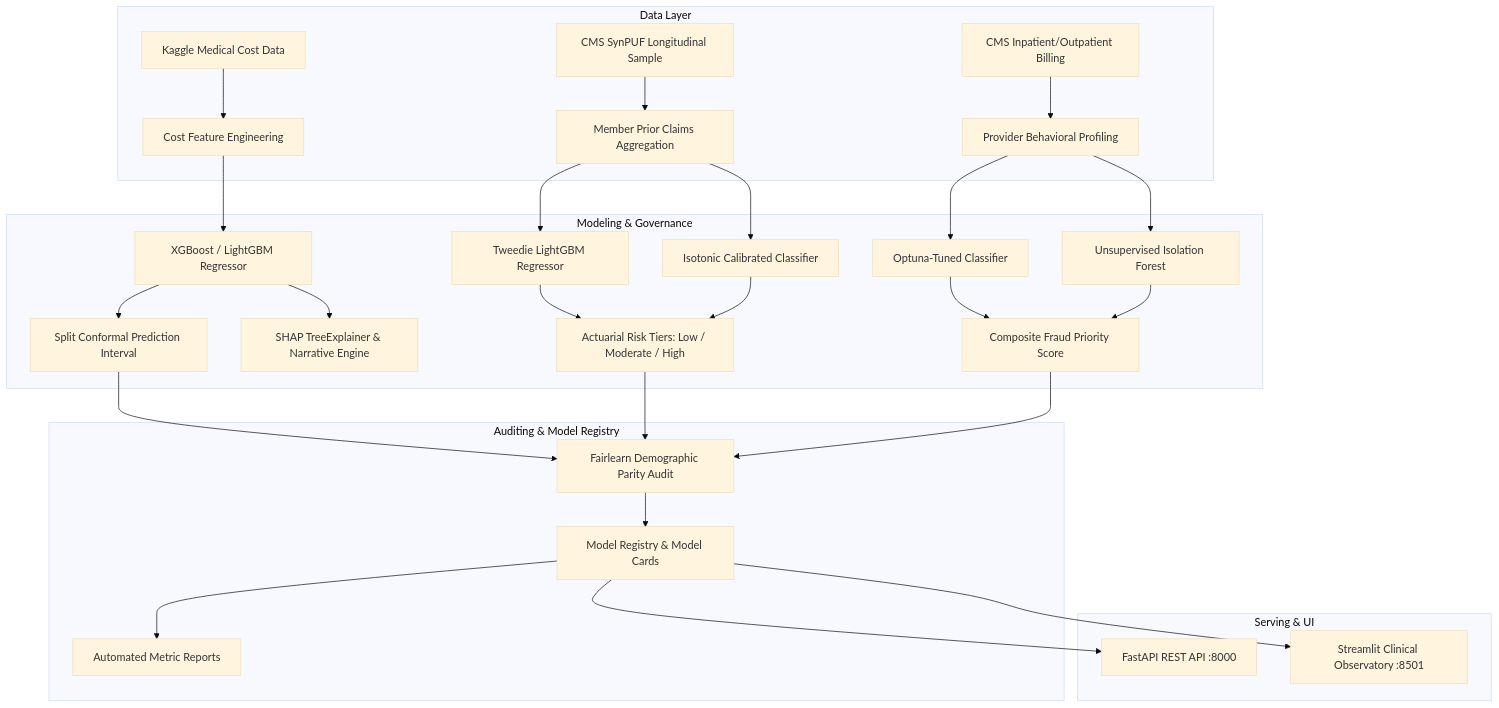
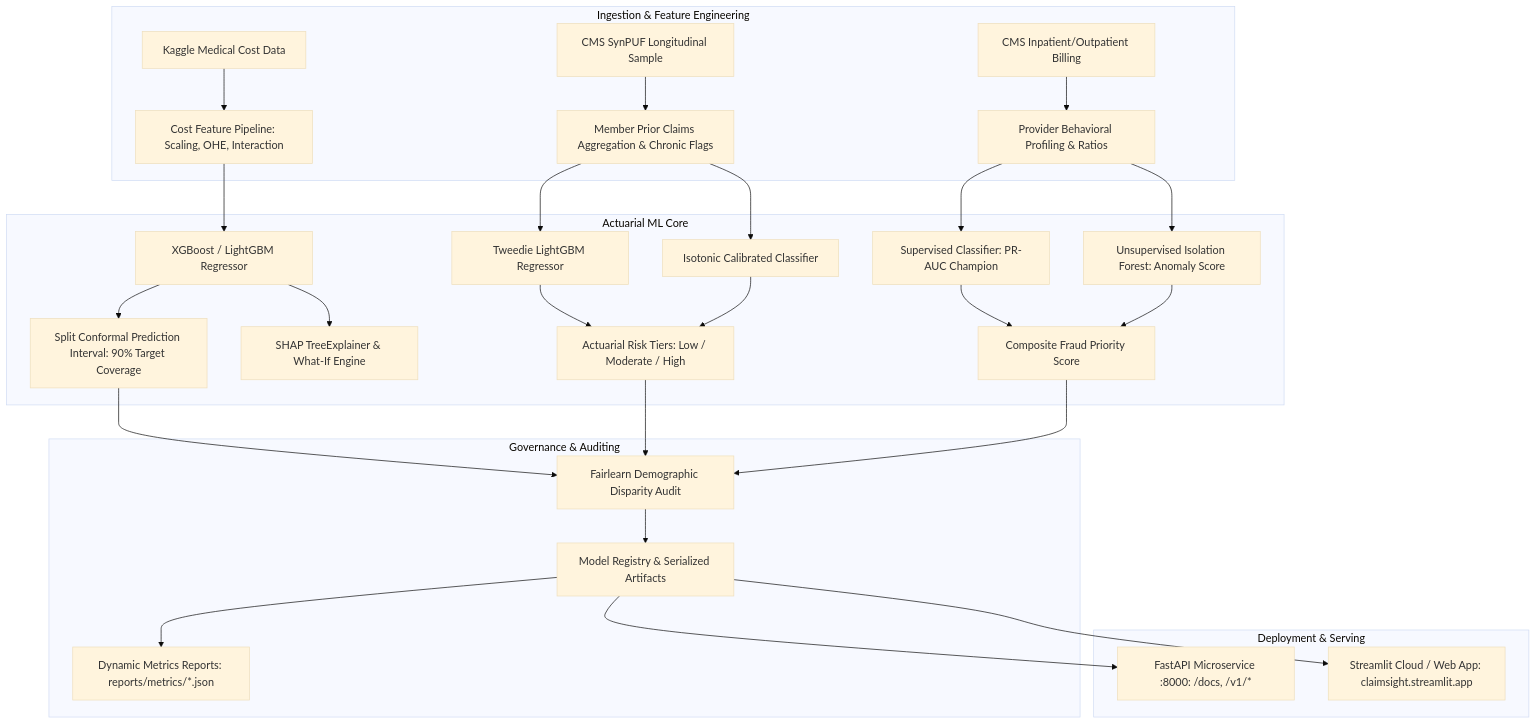
One commit to geetanksahare/ClaimSight changed the diagram in README.md. Above: the diagram before and after it, drawn with Mermaid (base theme). The commit also changed other lines of this file and 9 other files, not shown here.

Commit message:
feat: add live Streamlit Cloud app link, overhaul README with verified metrics, and add complete presentation docs

````diff
--- a/README.md
+++ b/README.md
@@ -12,33 +31,33 @@
 ```mermaid
 flowchart TD
-    subgraph Data Layer
-        A1[Kaggle Medical Cost Data] --> B1[Cost Feature Engineering]
-        A2[CMS SynPUF Longitudinal Sample] --> B2[Member Prior Claims Aggregation]
-        A3[CMS Inpatient/Outpatient Billing] --> B3[Provider Behavioral Profiling]
+    subgraph Ingestion & Feature Engineering
+        A1[Kaggle Medical Cost Data] --> B1[Cost Feature Pipeline: Scaling, OHE, Interaction]
+        A2[CMS SynPUF Longitudinal Sample] --> B2[Member Prior Claims Aggregation & Chronic Flags]
+        A3[CMS Inpatient/Outpatient Billing] --> B3[Provider Behavioral Profiling & Ratios]
     end
 
-    subgraph Modeling & Governance
+    subgraph Actuarial ML Core
         B1 --> C1[XGBoost / LightGBM Regressor]
-        C1 --> D1[Split Conformal Prediction Interval]
-        C1 --> E1[SHAP TreeExplainer & Narrative Engine]
+        C1 --> D1[Split Conformal Prediction Interval: 90% Target Coverage]
+        C1 --> E1[SHAP TreeExplainer & What-If Engine]
 
         B2 --> C2[Tweedie LightGBM Regressor]
         B2 --> C3[Isotonic Calibrated Classifier]
         C2 & C3 --> D2[Actuarial Risk Tiers: Low / Moderate / High]
 
-        B3 --> C4[Optuna-Tuned Classifier]
-        B3 --> C5[Unsupervised Isolation Forest]
+        B3 --> C4[Supervised Classifier: PR-AUC Champion]
+        B3 --> C5[Unsupervised Isolation Forest: Anomaly Score]
         C4 & C5 --> D3[Composite Fraud Priority Score]
     end
 
-    subgraph Auditing & Model Registry
-        D1 & D2 & D3 --> F1[Fairlearn Demographic Parity Audit]
-        F1 --> F2[Model Registry & Model Cards]
-        F2 --> F3[Automated Metric Reports]
+    subgraph Governance & Auditing
+        D1 & D2 & D3 --> F1[Fairlearn Demographic Disparity Audit]
+        F1 --> F2[Model Registry & Serialized Artifacts]
+        F2 --> F3[Dynamic Metrics Reports: reports/metrics/*.json]
     end
 
-    subgraph Serving & UI
-        F2 --> G1[FastAPI REST API :8000]
-        F2 --> G2[Streamlit Clinical Observatory :8501]
+    subgraph Deployment & Serving
+        F2 --> G1[FastAPI Microservice :8000: /docs, /v1/*]
+        F2 --> G2[Streamlit Cloud / Web App: claimsight.streamlit.app]
     end
 ```
````
